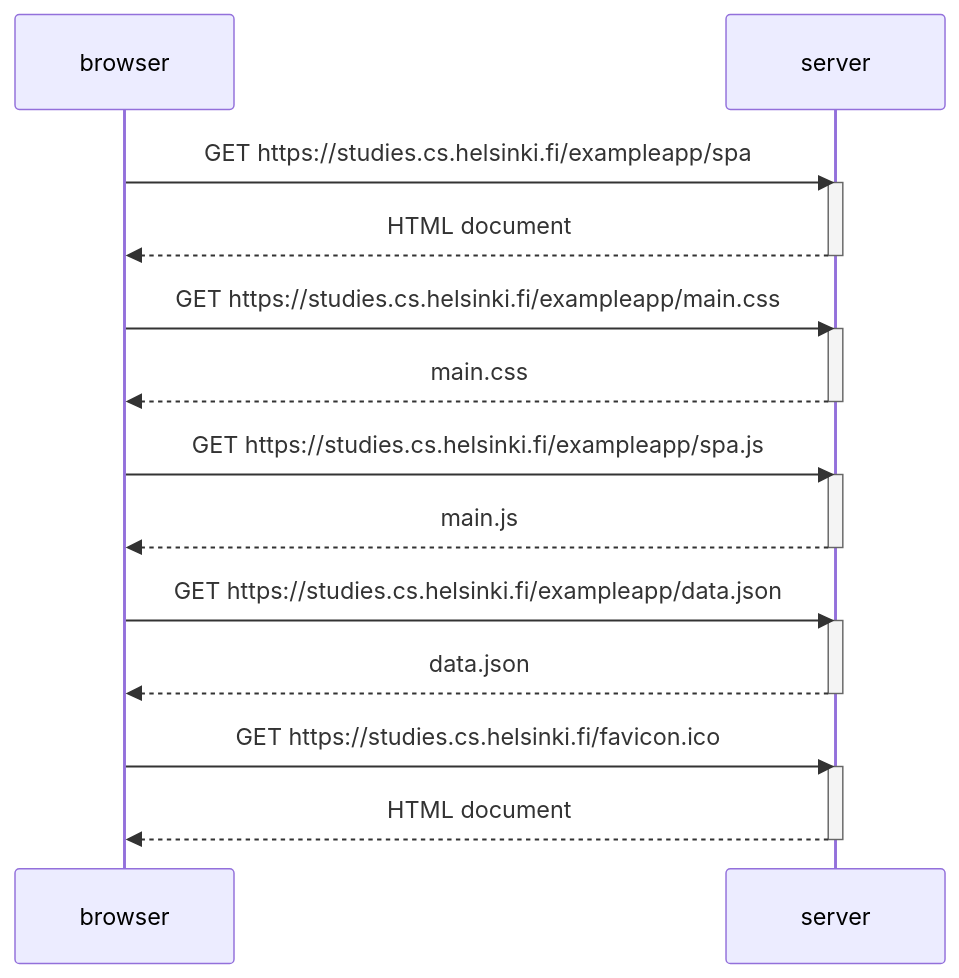
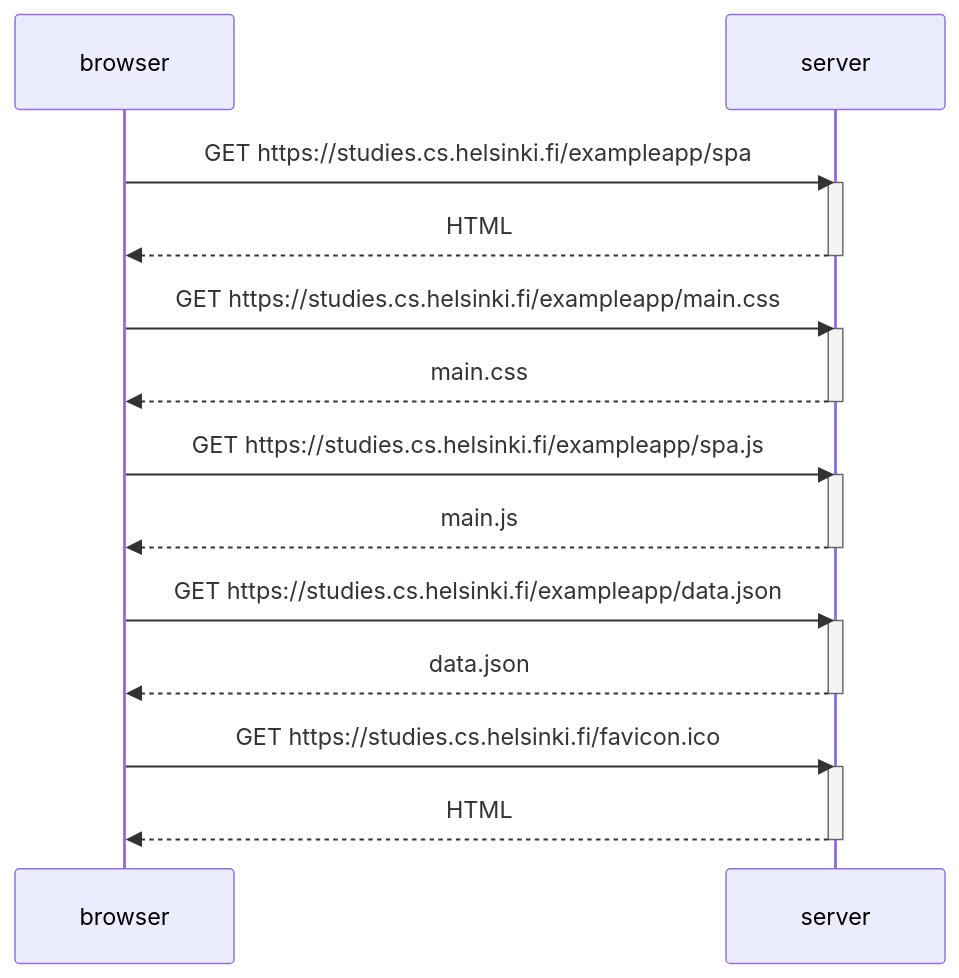
Before and after one commit to joekbullard/helsinki-mooc: the diagram in part0/0.5.md, drawn with Mermaid.

````diff
--- a/part0/0.5.md
+++ b/part0/0.5.md
@@ -1,31 +1,31 @@
 ```mermaid
 sequenceDiagram
     participant browser
     participant server
     
     browser->>server: GET https://studies.cs.helsinki.fi/exampleapp/spa
     activate server
-    server-->>browser: HTML document
+    server-->>browser: HTML
     deactivate server
     
     browser->>server: GET https://studies.cs.helsinki.fi/exampleapp/main.css
     activate server
     server-->>browser: main.css
     deactivate server
 
     browser->>server: GET https://studies.cs.helsinki.fi/exampleapp/spa.js
     activate server
     server-->>browser: main.js
     deactivate server
     
     browser->>server: GET https://studies.cs.helsinki.fi/exampleapp/data.json
     activate server
     server-->>browser: data.json
     deactivate server
     
     browser->>server: GET https://studies.cs.helsinki.fi/favicon.ico
     activate server
-    server-->>browser: HTML document
+    server-->>browser: HTML
     deactivate server
 
 ```    
````
